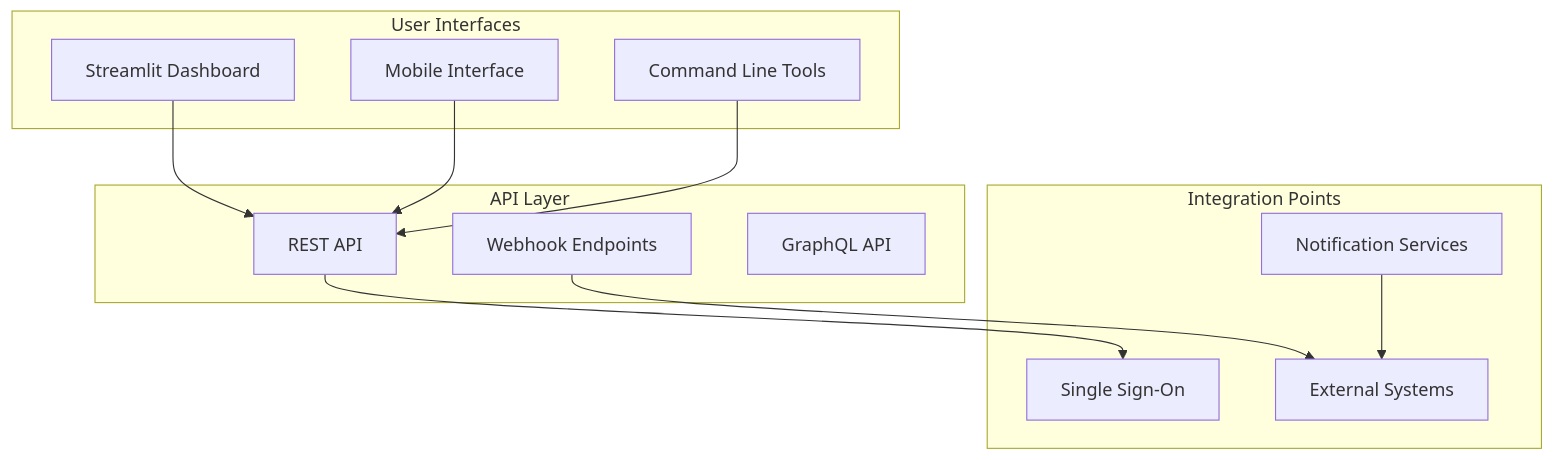
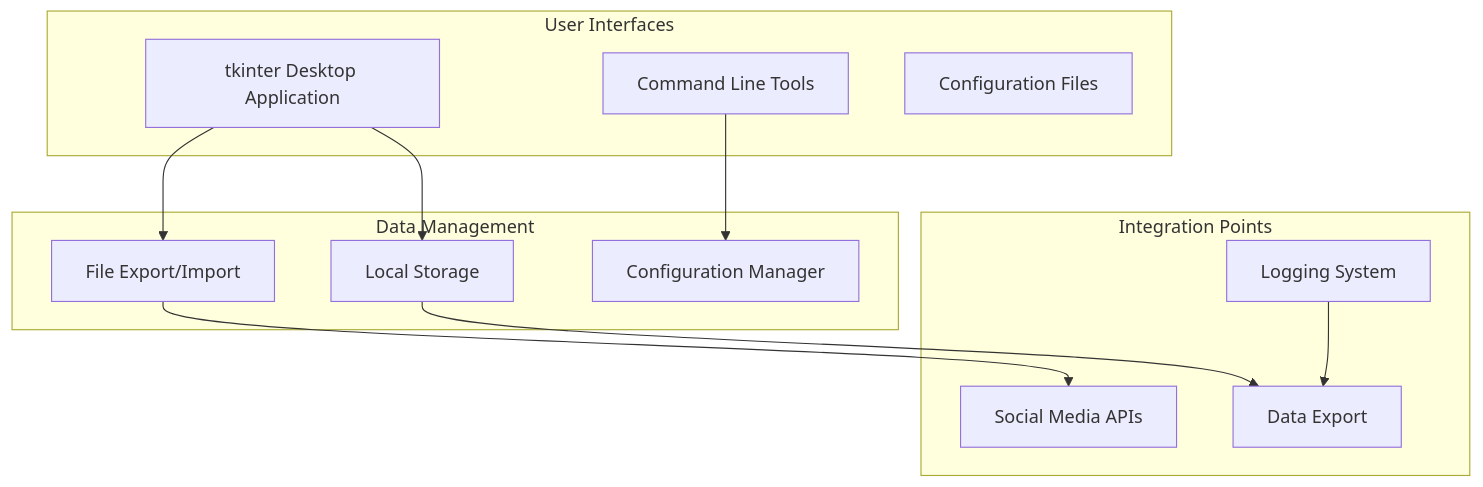
The fifth of 8 diagrams in docs/architecture/overview.md (Divesh-Kshirsagar/Anti-India-Campaigns-Detector), drawn with Mermaid before and after one commit. The commit also changed other lines of this file and 7 other files, not shown here.

````diff
--- a/docs/architecture/overview.md
+++ b/docs/architecture/overview.md
@@ -231,28 +231,28 @@
 ```mermaid
 graph TB
     subgraph "User Interfaces"
-        DASHBOARD[Streamlit Dashboard]
-        MOBILE[Mobile Interface]
+        GUI_APP[tkinter Desktop Application]
         CLI[Command Line Tools]
+        CONFIG[Configuration Files]
     end
     
-    subgraph "API Layer"
-        REST[REST API]
-        WEBHOOK[Webhook Endpoints]
-        GRAPHQL[GraphQL API]
+    subgraph "Data Management"
+        FILES[File Export/Import]
+        STORAGE[Local Storage]
+        CONFIG_MGR[Configuration Manager]
     end
     
     subgraph "Integration Points"
-        SSO[Single Sign-On]
-        EXTERNAL[External Systems]
-        NOTIFICATIONS[Notification Services]
+        APIS[Social Media APIs]
+        EXPORT[Data Export]
+        LOGS[Logging System]
     end
     
-    DASHBOARD --> REST
-    MOBILE --> REST
-    CLI --> REST
+    GUI_APP --> FILES
+    GUI_APP --> STORAGE
+    CLI --> CONFIG_MGR
     
-    REST --> SSO
-    WEBHOOK --> EXTERNAL
-    NOTIFICATIONS --> EXTERNAL
+    FILES --> APIS
+    STORAGE --> EXPORT
+    LOGS --> EXPORT
 ```
````
